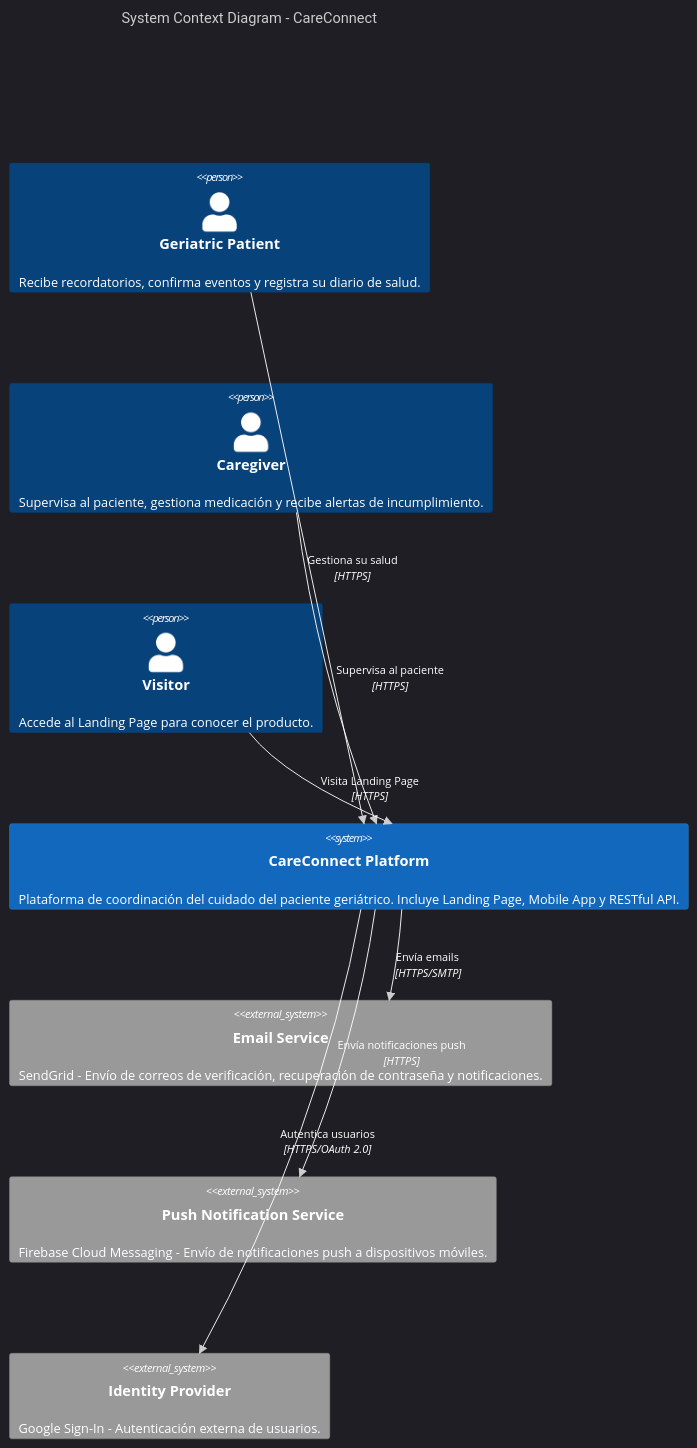
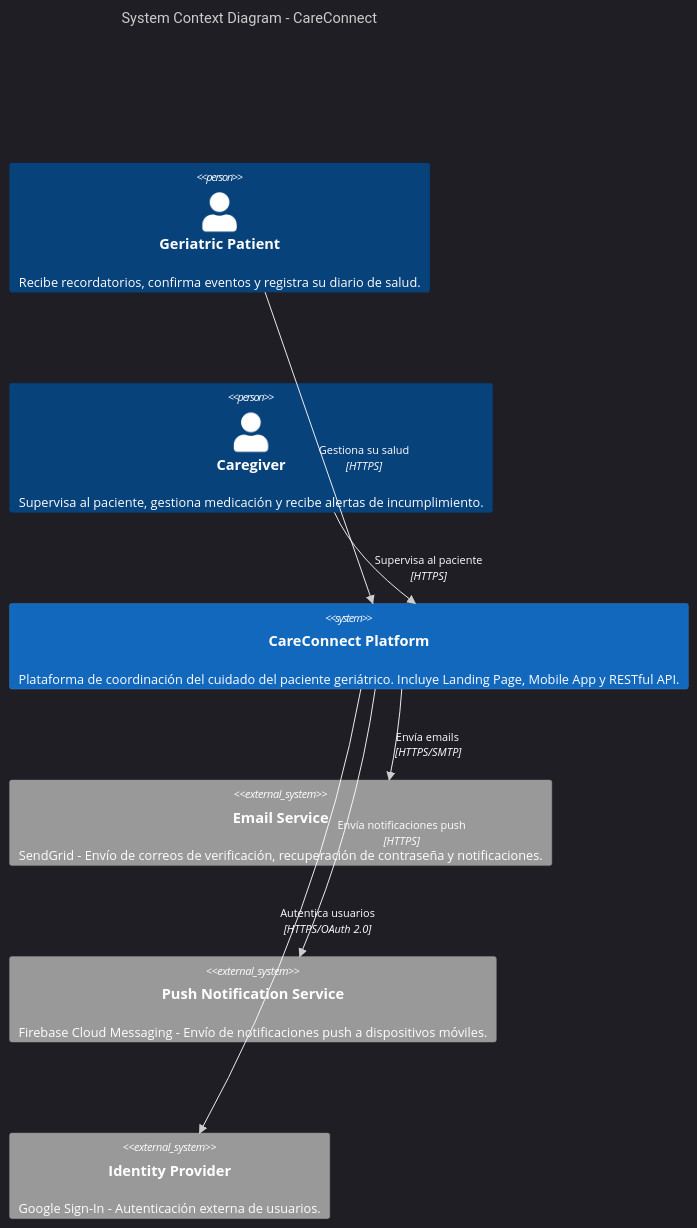
The first of 5 diagrams in README.md (CareStacks/Report), drawn with Mermaid before and after one commit. The commit also changed other lines of this file, not shown here.

First line of the commit message:
refactor: clean up container diagram and drop visitor actor

````diff
--- a/README.md
+++ b/README.md
@@ -996,29 +995,26 @@
 ```mermaid
 %%{init: {'theme': 'dark'}}%%
 C4Context
     title System Context Diagram - CareConnect
 
     Person(patient, "Geriatric Patient", "Recibe recordatorios, confirma eventos y registra su diario de salud.")
     Person(caregiver, "Caregiver", "Supervisa al paciente, gestiona medicación y recibe alertas de incumplimiento.")
-    Person(visitor, "Visitor", "Accede al Landing Page para conocer el producto.")
 
     System(careconnect, "CareConnect Platform", "Plataforma de coordinación del cuidado del paciente geriátrico. Incluye Landing Page, Mobile App y RESTful API.")
 
     System_Ext(email, "Email Service", "SendGrid - Envío de correos de verificación, recuperación de contraseña y notificaciones.")
     System_Ext(push, "Push Notification Service", "Firebase Cloud Messaging - Envío de notificaciones push a dispositivos móviles.")
     System_Ext(idp, "Identity Provider", "Google Sign-In - Autenticación externa de usuarios.")
 
     Rel(patient, careconnect, "Gestiona su salud", "HTTPS")
     Rel(caregiver, careconnect, "Supervisa al paciente", "HTTPS")
-    Rel(visitor, careconnect, "Visita Landing Page", "HTTPS")
     Rel(careconnect, email, "Envía emails", "HTTPS/SMTP")
     Rel(careconnect, push, "Envía notificaciones push", "HTTPS")
     Rel(careconnect, idp, "Autentica usuarios", "HTTPS/OAuth 2.0")
 
     UpdateRelStyle(patient, careconnect, $textColor="#ffffff", $lineColor="#ffffff")
     UpdateRelStyle(caregiver, careconnect, $textColor="#ffffff", $lineColor="#ffffff")
-    UpdateRelStyle(visitor, careconnect, $textColor="#ffffff", $lineColor="#ffffff")
     UpdateRelStyle(careconnect, email, $textColor="#ffffff", $lineColor="#ffffff")
     UpdateRelStyle(careconnect, push, $textColor="#ffffff", $lineColor="#ffffff")
     UpdateRelStyle(careconnect, idp, $textColor="#ffffff", $lineColor="#ffffff")
 ```
````
